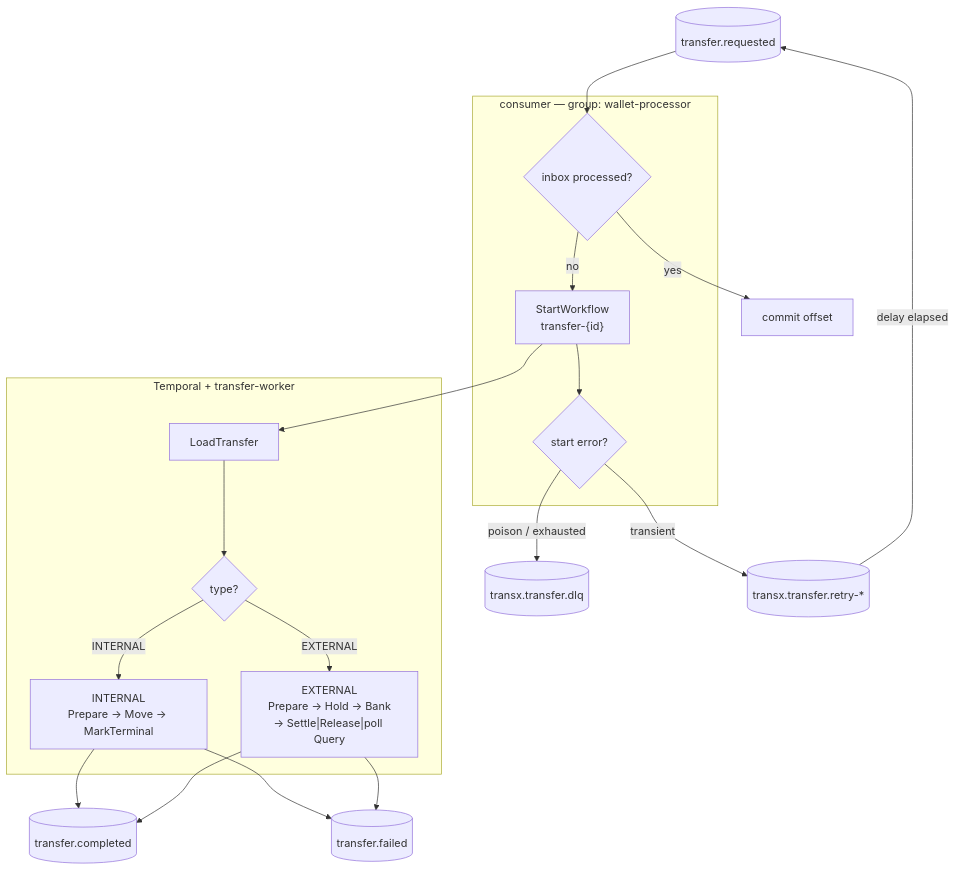
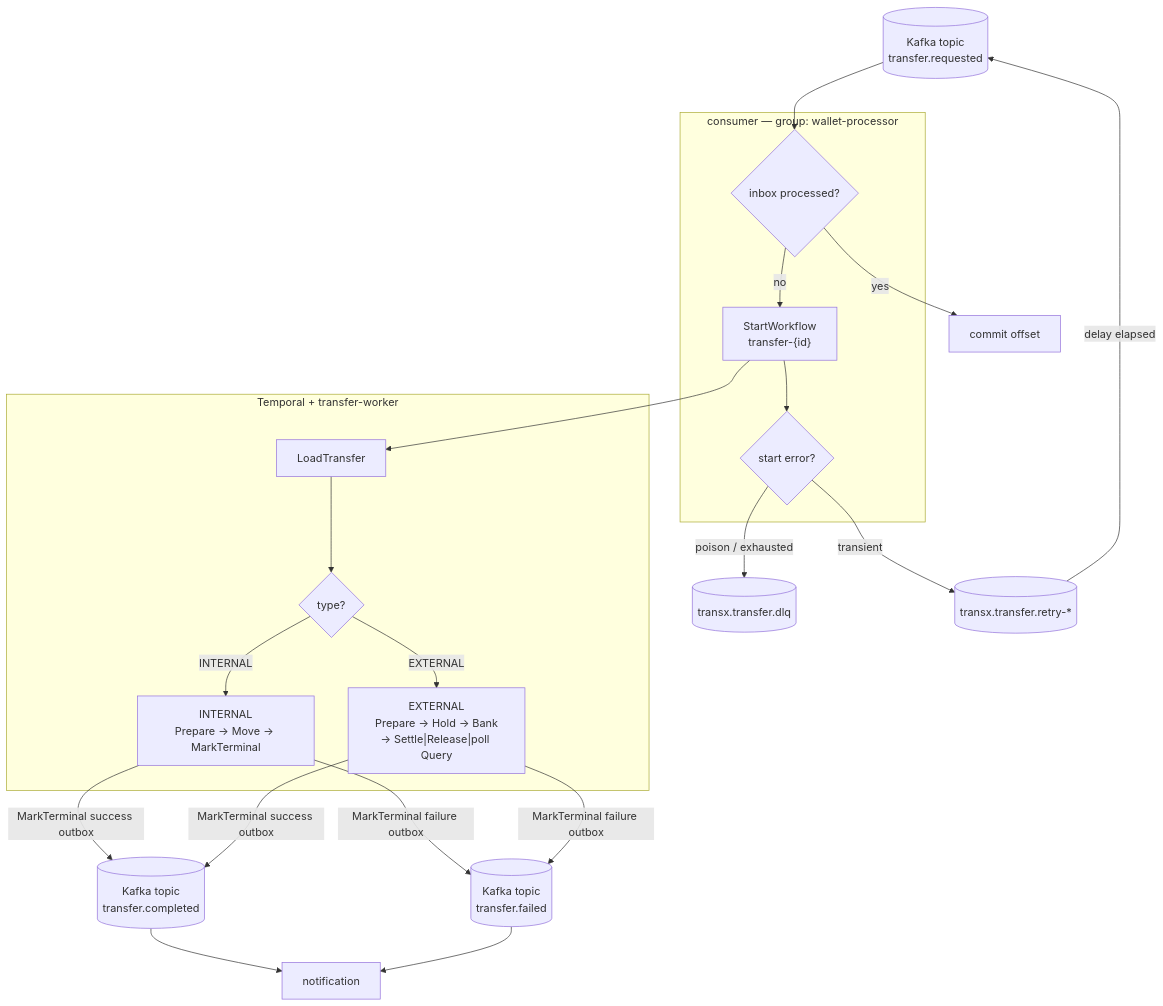
One commit to Phathdt/transx changed the fourth of 5 diagrams in README.md. Above: the diagram before and after it, drawn with Mermaid. The commit also changed other lines of this file, not shown here.

First line of the commit message:
docs(readme): use Kafka in architecture diagrams, Redpanda demo-only

````diff
--- a/README.md
+++ b/README.md
@@ -463,37 +471,39 @@
 ```mermaid
 flowchart TD
-    RPREQ[("transfer.requested")]
-    RPDONE[("transfer.completed")]
-    RPFAIL[("transfer.failed")]
+    RPREQ[("Kafka topic\ntransfer.requested")]
+    RPDONE[("Kafka topic\ntransfer.completed")]
+    RPFAIL[("Kafka topic\ntransfer.failed")]
     TDLQ[("transx.transfer.dlq")]
     TRETRY[("transx.transfer.retry-*")]
 
     subgraph Bridge["consumer — group: wallet-processor"]
       DEDUP{"inbox processed?"}
       START["StartWorkflow\ntransfer-{id}"]
       ESCALATE{"start error?"}
     end
 
     subgraph Temporal["Temporal + transfer-worker"]
       LOAD["LoadTransfer"]
       TYPE{"type?"}
       INT["INTERNAL\nPrepare → Move → MarkTerminal"]
       EXT["EXTERNAL\nPrepare → Hold → Bank\n→ Settle|Release|poll Query"]
     end
 
     RPREQ --> DEDUP
     DEDUP -->|yes| SKIP["commit offset"]
     DEDUP -->|no| START
     START --> LOAD
     LOAD --> TYPE
     TYPE -->|INTERNAL| INT
     TYPE -->|EXTERNAL| EXT
-    INT --> RPDONE
-    INT --> RPFAIL
-    EXT --> RPDONE
-    EXT --> RPFAIL
+    INT -->|MarkTerminal success outbox| RPDONE
+    INT -->|MarkTerminal failure outbox| RPFAIL
+    EXT -->|MarkTerminal success outbox| RPDONE
+    EXT -->|MarkTerminal failure outbox| RPFAIL
+    RPDONE --> NOTIF["notification"]
+    RPFAIL --> NOTIF
     START --> ESCALATE
     ESCALATE -->|transient| TRETRY
     ESCALATE -->|poison / exhausted| TDLQ
     TRETRY -->|delay elapsed| RPREQ
 ```
````
